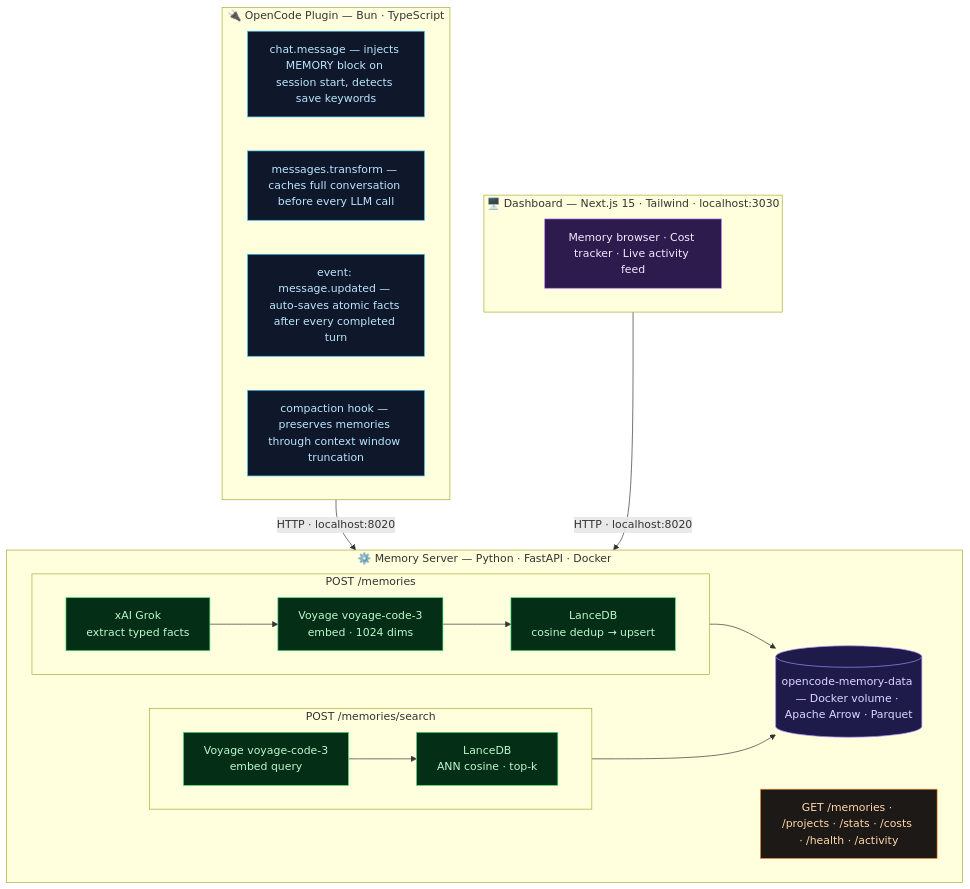
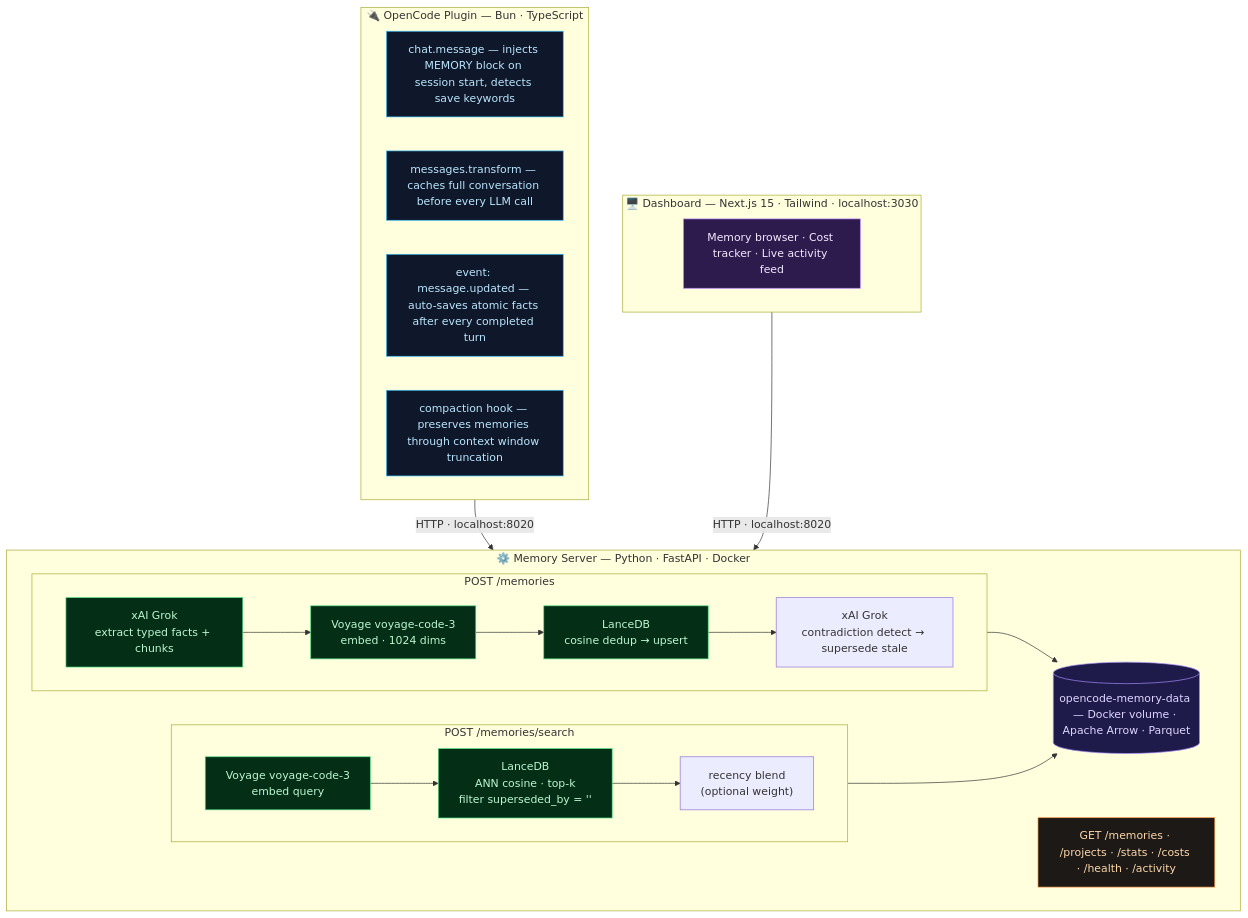
One commit to prosperitypirate/opencode-memory changed the diagram in README.md. Above: the diagram before and after it, drawn with Mermaid. The commit also changed other lines of this file and 10 other files, not shown here.

````diff
--- a/README.md
+++ b/README.md
@@ -300,44 +335,44 @@
 ```mermaid
 flowchart TD
     subgraph PLUGIN["🔌 OpenCode Plugin — Bun · TypeScript"]
         H1["chat.message — injects MEMORY block on session start, detects save keywords"]
         H2["messages.transform — caches full conversation before every LLM call"]
         H3["event: message.updated — auto-saves atomic facts after every completed turn"]
         H4["compaction hook — preserves memories through context window truncation"]
     end
 
     PLUGIN -->|"HTTP · localhost:8020"| SERVER
 
     subgraph SERVER["⚙️ Memory Server — Python · FastAPI · Docker"]
         subgraph WRITE["POST /memories"]
             direction LR
-            W1["xAI Grok<br/>extract typed facts"] --> W2["Voyage voyage-code-3<br/>embed · 1024 dims"] --> W3["LanceDB<br/>cosine dedup → upsert"]
+            W1["xAI Grok<br/>extract typed facts + chunks"] --> W2["Voyage voyage-code-3<br/>embed · 1024 dims"] --> W3["LanceDB<br/>cosine dedup → upsert"] --> W4["xAI Grok<br/>contradiction detect → supersede stale"]
         end
         subgraph FIND["POST /memories/search"]
             direction LR
-            F1["Voyage voyage-code-3<br/>embed query"] --> F2["LanceDB<br/>ANN cosine · top-k"]
+            F1["Voyage voyage-code-3<br/>embed query"] --> F2["LanceDB<br/>ANN cosine · top-k<br/>filter superseded_by = ''"] --> F3["recency blend<br/>(optional weight)"]
         end
         REST["GET /memories · /projects · /stats · /costs · /health · /activity"]
         VOL[("opencode-memory-data — Docker volume · Apache Arrow · Parquet")]
         WRITE --> VOL
         FIND --> VOL
     end
 
     DASH -->|"HTTP · localhost:8020"| SERVER
 
     subgraph DASH["🖥️ Dashboard — Next.js 15 · Tailwind · localhost:3030"]
         UI["Memory browser · Cost tracker · Live activity feed"]
     end
 
     classDef hook fill:#0f172a,stroke:#38bdf8,color:#bae6fd
     classDef ai   fill:#052e16,stroke:#4ade80,color:#bbf7d0
     classDef rest fill:#1c1917,stroke:#fb923c,color:#fed7aa
     classDef db   fill:#1e1b4b,stroke:#a78bfa,color:#ddd6fe
     classDef ui   fill:#2d1b4e,stroke:#c084fc,color:#f3e8ff
 
     class H1,H2,H3,H4 hook
     class W1,W2,W3,F1,F2 ai
     class REST rest
     class VOL db
     class UI ui
 ```
````
